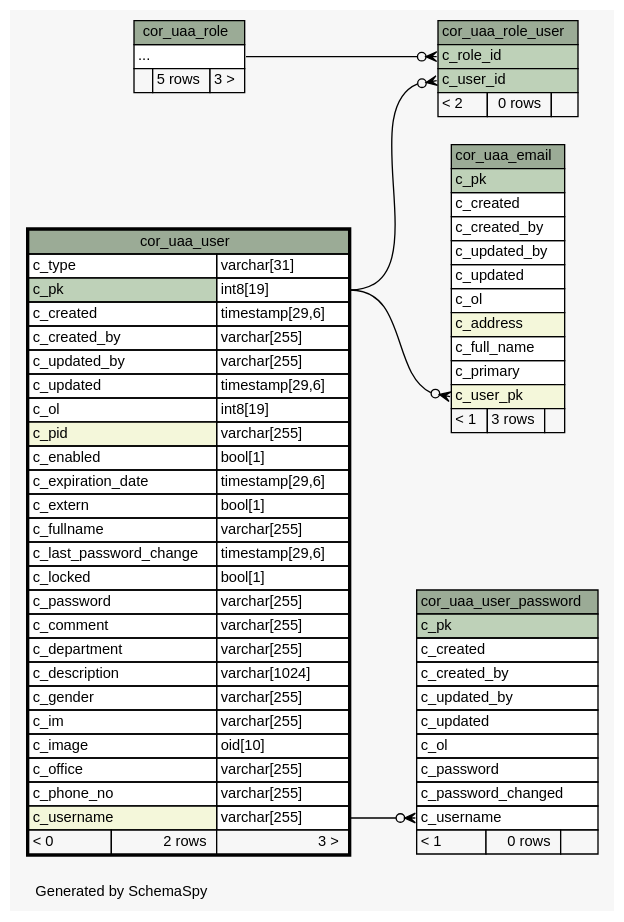
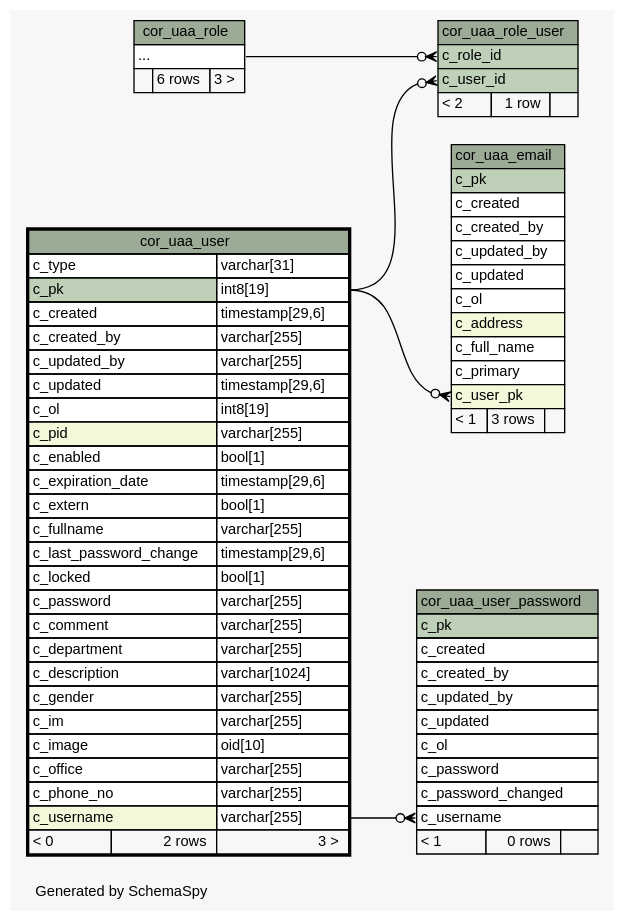
Before and after one commit to openwms/org.openwms.core.uaa: the diagram in 2.0.0-SNAPSHOT/schemaspy/diagrams/cor_uaa_user.2degrees.dot, drawn with Graphviz. The commit also changed 237 other files, not shown here.

```diff
--- a/2.0.0-SNAPSHOT/schemaspy/diagrams/cor_uaa_user.2degrees.dot
+++ b/2.0.0-SNAPSHOT/schemaspy/diagrams/cor_uaa_user.2degrees.dot
@@ -1,117 +1,117 @@
-// dot 2.43.0 on Linux 5.15.0-1033-azure
+// dot 2.43.0 on Linux 5.15.0-1037-azure
 // SchemaSpy rev Unknown
 digraph "twoDegreesRelationshipsDiagram" {
   graph [
     rankdir="RL"
     bgcolor="#f7f7f7"
     label="\nGenerated by SchemaSpy"
     labeljust="l"
     nodesep="0.18"
     ranksep="0.46"
     fontname="Helvetica"
     fontsize="11"
   ];
   node [
     fontname="Helvetica"
     fontsize="11"
     shape="plaintext"
   ];
   edge [
     arrowsize="0.8"
   ];
   "cor_uaa_email":"c_user_pk":w -> "cor_uaa_user":"c_pk.type":e [arrowhead=none dir=back arrowtail=crowodot];
   "cor_uaa_role_user":"c_role_id":w -> "cor_uaa_role":"elipses":e [arrowhead=none dir=back arrowtail=crowodot];
   "cor_uaa_role_user":"c_user_id":w -> "cor_uaa_user":"c_pk.type":e [arrowhead=none dir=back arrowtail=crowodot];
   "cor_uaa_user_password":"c_username":w -> "cor_uaa_user":"c_username.type":e [arrowhead=none dir=back arrowtail=crowodot];
   "cor_uaa_email" [
     label=<
     <TABLE BORDER="0" CELLBORDER="1" CELLSPACING="0" BGCOLOR="#ffffff">
       <TR><TD COLSPAN="3" BGCOLOR="#9bab96" ALIGN="CENTER">cor_uaa_email</TD></TR>
       <TR><TD PORT="c_pk" COLSPAN="3" BGCOLOR="#bed1b8" ALIGN="LEFT">c_pk</TD></TR>
       <TR><TD PORT="c_created" COLSPAN="3" ALIGN="LEFT">c_created</TD></TR>
       <TR><TD PORT="c_created_by" COLSPAN="3" ALIGN="LEFT">c_created_by</TD></TR>
       <TR><TD PORT="c_updated_by" COLSPAN="3" ALIGN="LEFT">c_updated_by</TD></TR>
       <TR><TD PORT="c_updated" COLSPAN="3" ALIGN="LEFT">c_updated</TD></TR>
       <TR><TD PORT="c_ol" COLSPAN="3" ALIGN="LEFT">c_ol</TD></TR>
       <TR><TD PORT="c_address" COLSPAN="3" BGCOLOR="#f4f7da" ALIGN="LEFT">c_address</TD></TR>
       <TR><TD PORT="c_full_name" COLSPAN="3" ALIGN="LEFT">c_full_name</TD></TR>
       <TR><TD PORT="c_primary" COLSPAN="3" ALIGN="LEFT">c_primary</TD></TR>
       <TR><TD PORT="c_user_pk" COLSPAN="3" BGCOLOR="#f4f7da" ALIGN="LEFT">c_user_pk</TD></TR>
       <TR><TD ALIGN="LEFT" BGCOLOR="#f7f7f7">&lt; 1</TD><TD ALIGN="RIGHT" BGCOLOR="#f7f7f7">3 rows</TD><TD ALIGN="RIGHT" BGCOLOR="#f7f7f7">  </TD></TR>
     </TABLE>>
     URL="cor_uaa_email.html"
     tooltip="cor_uaa_email"
   ];
   "cor_uaa_role" [
     label=<
     <TABLE BORDER="0" CELLBORDER="1" CELLSPACING="0" BGCOLOR="#ffffff">
       <TR><TD COLSPAN="3" BGCOLOR="#9bab96" ALIGN="CENTER">cor_uaa_role</TD></TR>
       <TR><TD PORT="elipses" COLSPAN="3" ALIGN="LEFT">...</TD></TR>
-      <TR><TD ALIGN="LEFT" BGCOLOR="#f7f7f7">  </TD><TD ALIGN="RIGHT" BGCOLOR="#f7f7f7">5 rows</TD><TD ALIGN="RIGHT" BGCOLOR="#f7f7f7">3 &gt;</TD></TR>
+      <TR><TD ALIGN="LEFT" BGCOLOR="#f7f7f7">  </TD><TD ALIGN="RIGHT" BGCOLOR="#f7f7f7">6 rows</TD><TD ALIGN="RIGHT" BGCOLOR="#f7f7f7">3 &gt;</TD></TR>
     </TABLE>>
     URL="cor_uaa_role.html"
     tooltip="cor_uaa_role"
   ];
   "cor_uaa_role_user" [
     label=<
     <TABLE BORDER="0" CELLBORDER="1" CELLSPACING="0" BGCOLOR="#ffffff">
       <TR><TD COLSPAN="3" BGCOLOR="#9bab96" ALIGN="CENTER">cor_uaa_role_user</TD></TR>
       <TR><TD PORT="c_role_id" COLSPAN="3" BGCOLOR="#bed1b8" ALIGN="LEFT">c_role_id</TD></TR>
       <TR><TD PORT="c_user_id" COLSPAN="3" BGCOLOR="#bed1b8" ALIGN="LEFT">c_user_id</TD></TR>
-      <TR><TD ALIGN="LEFT" BGCOLOR="#f7f7f7">&lt; 2</TD><TD ALIGN="RIGHT" BGCOLOR="#f7f7f7">0 rows</TD><TD ALIGN="RIGHT" BGCOLOR="#f7f7f7">  </TD></TR>
+      <TR><TD ALIGN="LEFT" BGCOLOR="#f7f7f7">&lt; 2</TD><TD ALIGN="RIGHT" BGCOLOR="#f7f7f7">1 row</TD><TD ALIGN="RIGHT" BGCOLOR="#f7f7f7">  </TD></TR>
     </TABLE>>
     URL="cor_uaa_role_user.html"
     tooltip="cor_uaa_role_user"
   ];
   "cor_uaa_user" [
     label=<
     <TABLE BORDER="2" CELLBORDER="1" CELLSPACING="0" BGCOLOR="#ffffff">
       <TR><TD COLSPAN="3" BGCOLOR="#9bab96" ALIGN="CENTER">cor_uaa_user</TD></TR>
       <TR><TD PORT="c_type" COLSPAN="2" ALIGN="LEFT">c_type</TD><TD PORT="c_type.type" ALIGN="LEFT">varchar[31]</TD></TR>
       <TR><TD PORT="c_pk" COLSPAN="2" BGCOLOR="#bed1b8" ALIGN="LEFT">c_pk</TD><TD PORT="c_pk.type" ALIGN="LEFT">int8[19]</TD></TR>
       <TR><TD PORT="c_created" COLSPAN="2" ALIGN="LEFT">c_created</TD><TD PORT="c_created.type" ALIGN="LEFT">timestamp[29,6]</TD></TR>
       <TR><TD PORT="c_created_by" COLSPAN="2" ALIGN="LEFT">c_created_by</TD><TD PORT="c_created_by.type" ALIGN="LEFT">varchar[255]</TD></TR>
       <TR><TD PORT="c_updated_by" COLSPAN="2" ALIGN="LEFT">c_updated_by</TD><TD PORT="c_updated_by.type" ALIGN="LEFT">varchar[255]</TD></TR>
       <TR><TD PORT="c_updated" COLSPAN="2" ALIGN="LEFT">c_updated</TD><TD PORT="c_updated.type" ALIGN="LEFT">timestamp[29,6]</TD></TR>
       <TR><TD PORT="c_ol" COLSPAN="2" ALIGN="LEFT">c_ol</TD><TD PORT="c_ol.type" ALIGN="LEFT">int8[19]</TD></TR>
       <TR><TD PORT="c_pid" COLSPAN="2" BGCOLOR="#f4f7da" ALIGN="LEFT">c_pid</TD><TD PORT="c_pid.type" ALIGN="LEFT">varchar[255]</TD></TR>
       <TR><TD PORT="c_enabled" COLSPAN="2" ALIGN="LEFT">c_enabled</TD><TD PORT="c_enabled.type" ALIGN="LEFT">bool[1]</TD></TR>
       <TR><TD PORT="c_expiration_date" COLSPAN="2" ALIGN="LEFT">c_expiration_date</TD><TD PORT="c_expiration_date.type" ALIGN="LEFT">timestamp[29,6]</TD></TR>
       <TR><TD PORT="c_extern" COLSPAN="2" ALIGN="LEFT">c_extern</TD><TD PORT="c_extern.type" ALIGN="LEFT">bool[1]</TD></TR>
       <TR><TD PORT="c_fullname" COLSPAN="2" ALIGN="LEFT">c_fullname</TD><TD PORT="c_fullname.type" ALIGN="LEFT">varchar[255]</TD></TR>
       <TR><TD PORT="c_last_password_change" COLSPAN="2" ALIGN="LEFT">c_last_password_change</TD><TD PORT="c_last_password_change.type" ALIGN="LEFT">timestamp[29,6]</TD></TR>
       <TR><TD PORT="c_locked" COLSPAN="2" ALIGN="LEFT">c_locked</TD><TD PORT="c_locked.type" ALIGN="LEFT">bool[1]</TD></TR>
       <TR><TD PORT="c_password" COLSPAN="2" ALIGN="LEFT">c_password</TD><TD PORT="c_password.type" ALIGN="LEFT">varchar[255]</TD></TR>
       <TR><TD PORT="c_comment" COLSPAN="2" ALIGN="LEFT">c_comment</TD><TD PORT="c_comment.type" ALIGN="LEFT">varchar[255]</TD></TR>
       <TR><TD PORT="c_department" COLSPAN="2" ALIGN="LEFT">c_department</TD><TD PORT="c_department.type" ALIGN="LEFT">varchar[255]</TD></TR>
       <TR><TD PORT="c_description" COLSPAN="2" ALIGN="LEFT">c_description</TD><TD PORT="c_description.type" ALIGN="LEFT">varchar[1024]</TD></TR>
       <TR><TD PORT="c_gender" COLSPAN="2" ALIGN="LEFT">c_gender</TD><TD PORT="c_gender.type" ALIGN="LEFT">varchar[255]</TD></TR>
       <TR><TD PORT="c_im" COLSPAN="2" ALIGN="LEFT">c_im</TD><TD PORT="c_im.type" ALIGN="LEFT">varchar[255]</TD></TR>
       <TR><TD PORT="c_image" COLSPAN="2" ALIGN="LEFT">c_image</TD><TD PORT="c_image.type" ALIGN="LEFT">oid[10]</TD></TR>
       <TR><TD PORT="c_office" COLSPAN="2" ALIGN="LEFT">c_office</TD><TD PORT="c_office.type" ALIGN="LEFT">varchar[255]</TD></TR>
       <TR><TD PORT="c_phone_no" COLSPAN="2" ALIGN="LEFT">c_phone_no</TD><TD PORT="c_phone_no.type" ALIGN="LEFT">varchar[255]</TD></TR>
       <TR><TD PORT="c_username" COLSPAN="2" BGCOLOR="#f4f7da" ALIGN="LEFT">c_username</TD><TD PORT="c_username.type" ALIGN="LEFT">varchar[255]</TD></TR>
       <TR><TD ALIGN="LEFT" BGCOLOR="#f7f7f7">&lt; 0</TD><TD ALIGN="RIGHT" BGCOLOR="#f7f7f7">2 rows</TD><TD ALIGN="RIGHT" BGCOLOR="#f7f7f7">3 &gt;</TD></TR>
     </TABLE>>
     URL="cor_uaa_user.html"
     tooltip="cor_uaa_user"
   ];
   "cor_uaa_user_password" [
     label=<
     <TABLE BORDER="0" CELLBORDER="1" CELLSPACING="0" BGCOLOR="#ffffff">
       <TR><TD COLSPAN="3" BGCOLOR="#9bab96" ALIGN="CENTER">cor_uaa_user_password</TD></TR>
       <TR><TD PORT="c_pk" COLSPAN="3" BGCOLOR="#bed1b8" ALIGN="LEFT">c_pk</TD></TR>
       <TR><TD PORT="c_created" COLSPAN="3" ALIGN="LEFT">c_created</TD></TR>
       <TR><TD PORT="c_created_by" COLSPAN="3" ALIGN="LEFT">c_created_by</TD></TR>
       <TR><TD PORT="c_updated_by" COLSPAN="3" ALIGN="LEFT">c_updated_by</TD></TR>
       <TR><TD PORT="c_updated" COLSPAN="3" ALIGN="LEFT">c_updated</TD></TR>
       <TR><TD PORT="c_ol" COLSPAN="3" ALIGN="LEFT">c_ol</TD></TR>
       <TR><TD PORT="c_password" COLSPAN="3" ALIGN="LEFT">c_password</TD></TR>
       <TR><TD PORT="c_password_changed" COLSPAN="3" ALIGN="LEFT">c_password_changed</TD></TR>
       <TR><TD PORT="c_username" COLSPAN="3" ALIGN="LEFT">c_username</TD></TR>
       <TR><TD ALIGN="LEFT" BGCOLOR="#f7f7f7">&lt; 1</TD><TD ALIGN="RIGHT" BGCOLOR="#f7f7f7">0 rows</TD><TD ALIGN="RIGHT" BGCOLOR="#f7f7f7">  </TD></TR>
     </TABLE>>
     URL="cor_uaa_user_password.html"
     tooltip="cor_uaa_user_password"
   ];
 }
```
